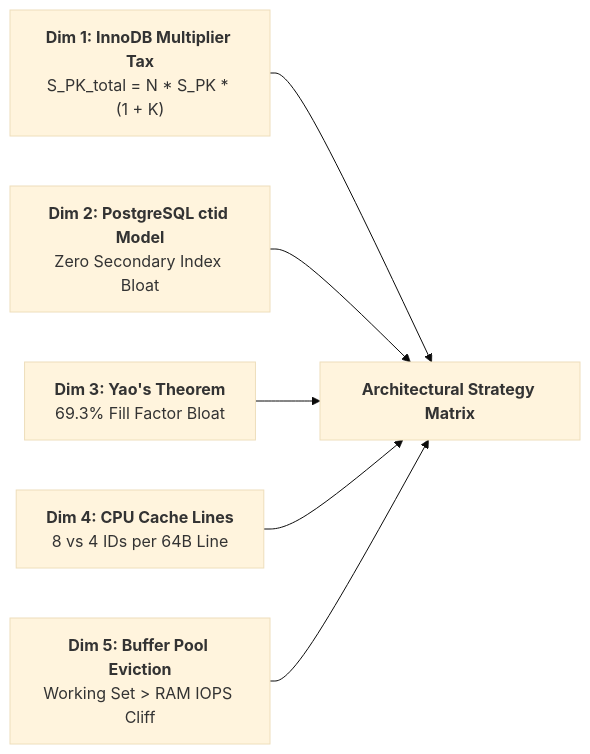
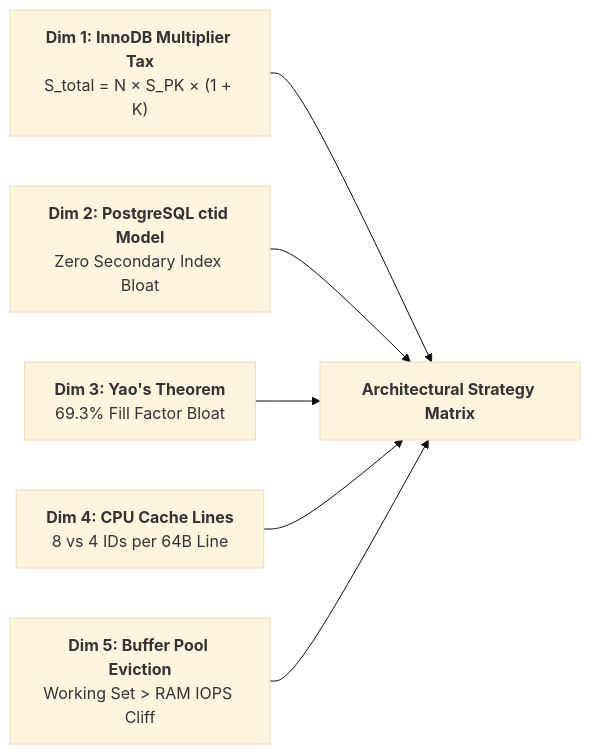
Before and after one commit to vesviet/vesviet: the second of 7 diagrams in content/series/architectural-tradeoffs-showdowns/03-primary-key-showdown-uuidv7-vs-snowflake-vs-bigint.md, drawn with Mermaid (base theme). The commit also changed other lines of this file, not shown here.

````diff
--- a/content/series/architectural-tradeoffs-showdowns/03-primary-key-showdown-uuidv7-vs-snowflake-vs-bigint.md
+++ b/content/series/architectural-tradeoffs-showdowns/03-primary-key-showdown-uuidv7-vs-snowflake-vs-bigint.md
@@ -84,14 +84,14 @@
 ```mermaid
 flowchart LR
-    D1["<b>Dim 1: InnoDB Multiplier Tax</b><br/>S_PK_total = N * S_PK * (1 + K)"]
+    D1["<b>Dim 1: InnoDB Multiplier Tax</b><br/>S_total = N × S_PK × (1 + K)"]
     D2["<b>Dim 2: PostgreSQL ctid Model</b><br/>Zero Secondary Index Bloat"]
     D3["<b>Dim 3: Yao's Theorem</b><br/>69.3% Fill Factor Bloat"]
     D4["<b>Dim 4: CPU Cache Lines</b><br/>8 vs 4 IDs per 64B Line"]
     D5["<b>Dim 5: Buffer Pool Eviction</b><br/>Working Set > RAM IOPS Cliff"]
 
     D1 --> Analysis["<b>Architectural Strategy Matrix</b>"]
     D2 --> Analysis
     D3 --> Analysis
     D4 --> Analysis
     D5 --> Analysis
 ```
````
